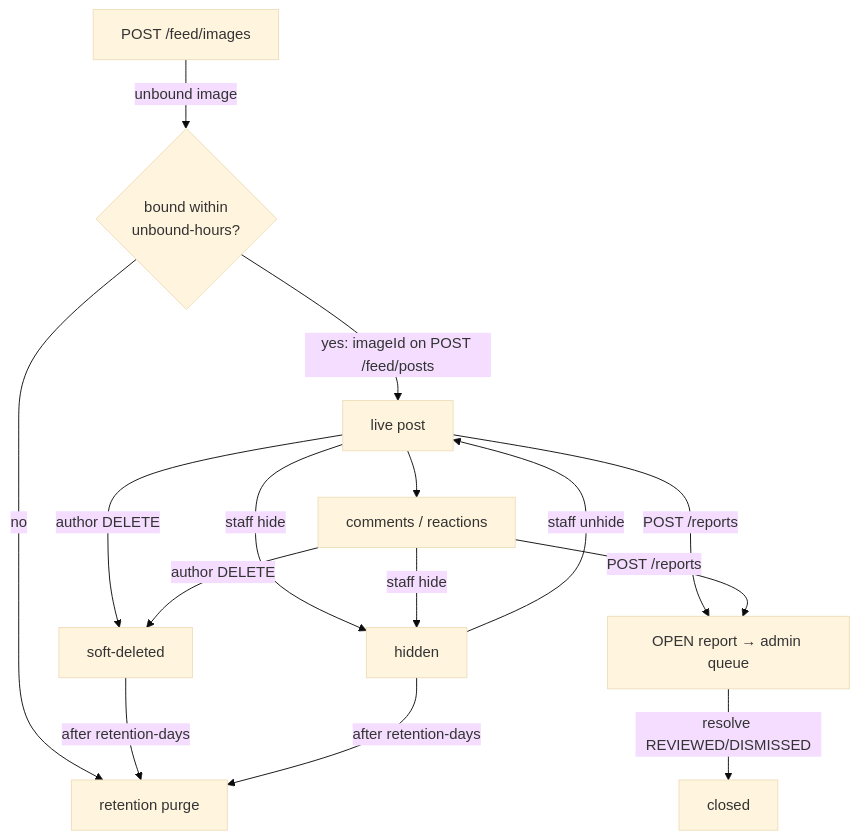
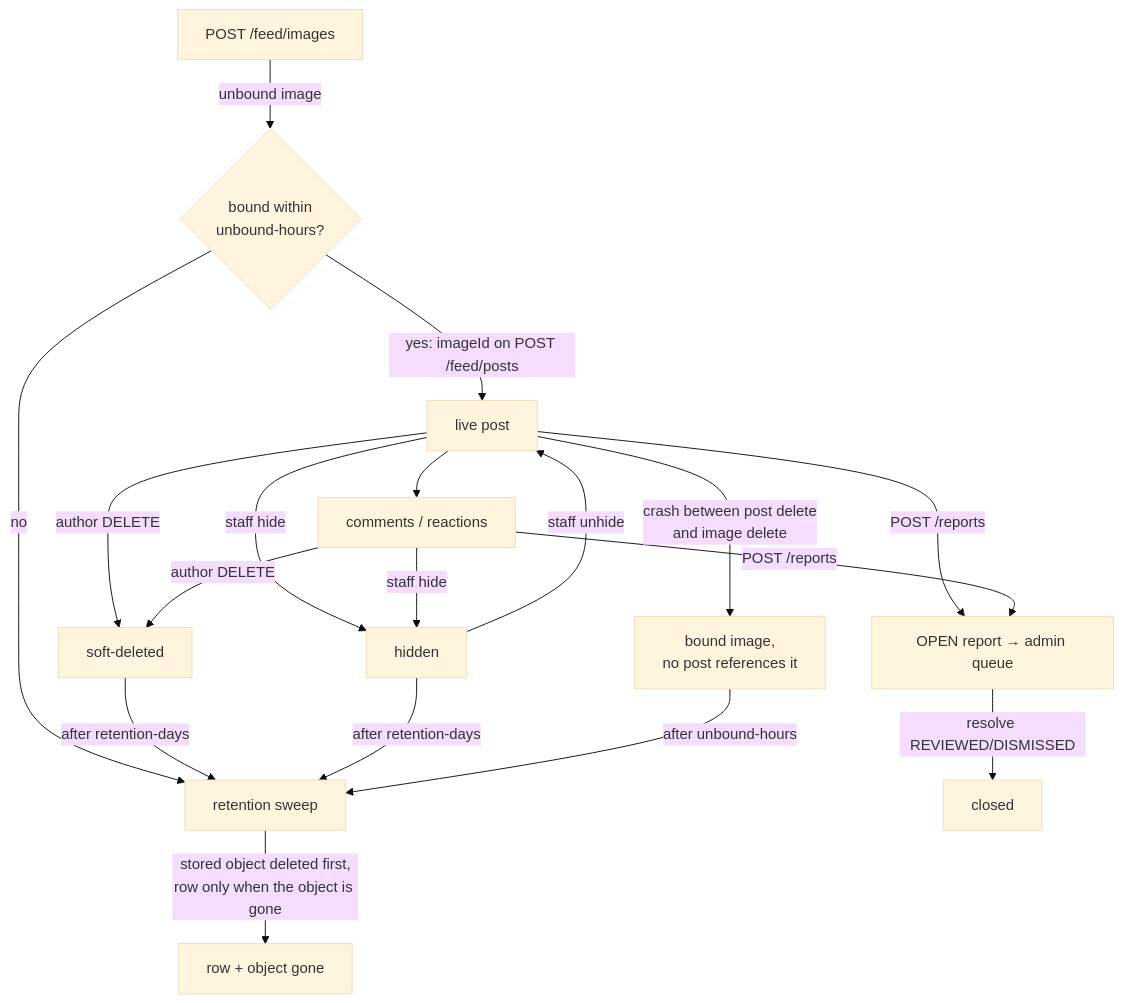
The second of 2 diagrams in docs/architecture/public-feed.md (JasonTM17/Nexachat_AppJ), drawn with Mermaid (base theme) before and after one commit. The commit also changed other lines of this file and 3 other files, not shown here.

````diff
--- a/docs/architecture/public-feed.md
+++ b/docs/architecture/public-feed.md
@@ -92,16 +92,19 @@
 ```mermaid
 flowchart TB
     U[POST /feed/images] -->|unbound image| I{bound within<br/>unbound-hours?}
     I -->|yes: imageId on POST /feed/posts| P[live post]
-    I -->|no| X[retention purge]
+    I -->|no| X[retention sweep]
     P --> C[comments / reactions]
     P -->|author DELETE| D[soft-deleted]
     P -->|staff hide| H[hidden]
     H -->|staff unhide| P
     C -->|author DELETE| D
     C -->|staff hide| H
     D -->|after retention-days| X
     H -->|after retention-days| X
+    P -->|crash between post delete<br/>and image delete| O[bound image,<br/>no post references it]
+    O -->|after unbound-hours| X
+    X -->|stored object deleted first,<br/>row only when the object is gone| GONE[row + object gone]
     P & C -->|POST /reports| R[OPEN report → admin queue]
     R -->|resolve REVIEWED/DISMISSED| RD[closed]
 ```
````
